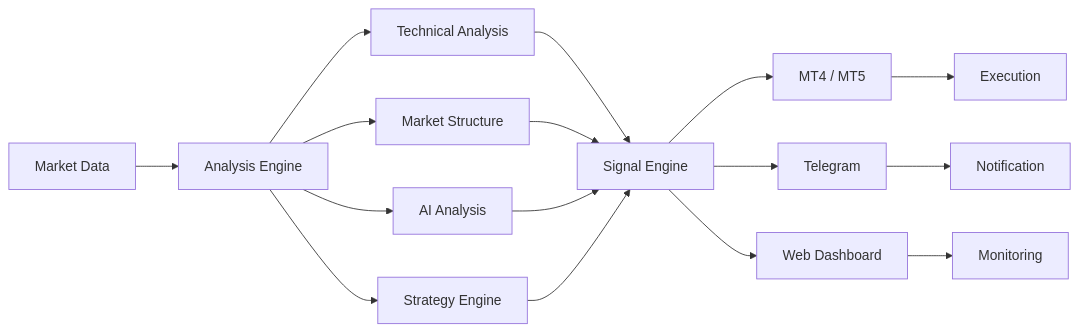
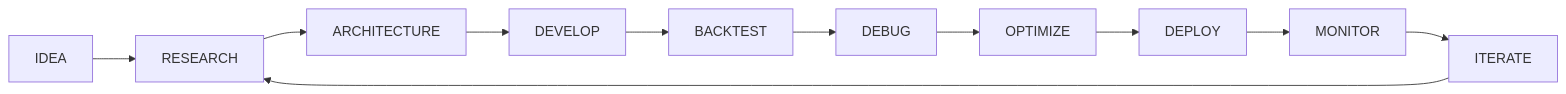
One commit to MonstarTrader0/MonstarTrader0 changed the diagram in README.md. Above: the diagram before and after it, drawn with Mermaid. The commit also changed other lines of this file, not shown here.

````diff
--- a/README.md
+++ b/README.md
@@ -137,23 +308,15 @@
 ```mermaid
 flowchart LR
 
-    A[Market Data] --> B[Analysis Engine]
+    A["IDEA"] --> B["RESEARCH"]
+    B --> C["ARCHITECTURE"]
+    C --> D["DEVELOP"]
+    D --> E["BACKTEST"]
+    E --> F["DEBUG"]
+    F --> G["OPTIMIZE"]
+    G --> H["DEPLOY"]
+    H --> I["MONITOR"]
+    I --> J["ITERATE"]
 
-    B --> C[Technical Analysis]
-    B --> D[Market Structure]
-    B --> E[AI Analysis]
-    B --> F[Strategy Engine]
-
-    C --> G[Signal Engine]
-    D --> G
-    E --> G
-    F --> G
-
-    G --> H[MT4 / MT5]
-    G --> I[Telegram]
-    G --> J[Web Dashboard]
-
-    H --> K[Execution]
-    I --> L[Notification]
-    J --> M[Monitoring]
+    J --> B
 ```
````
